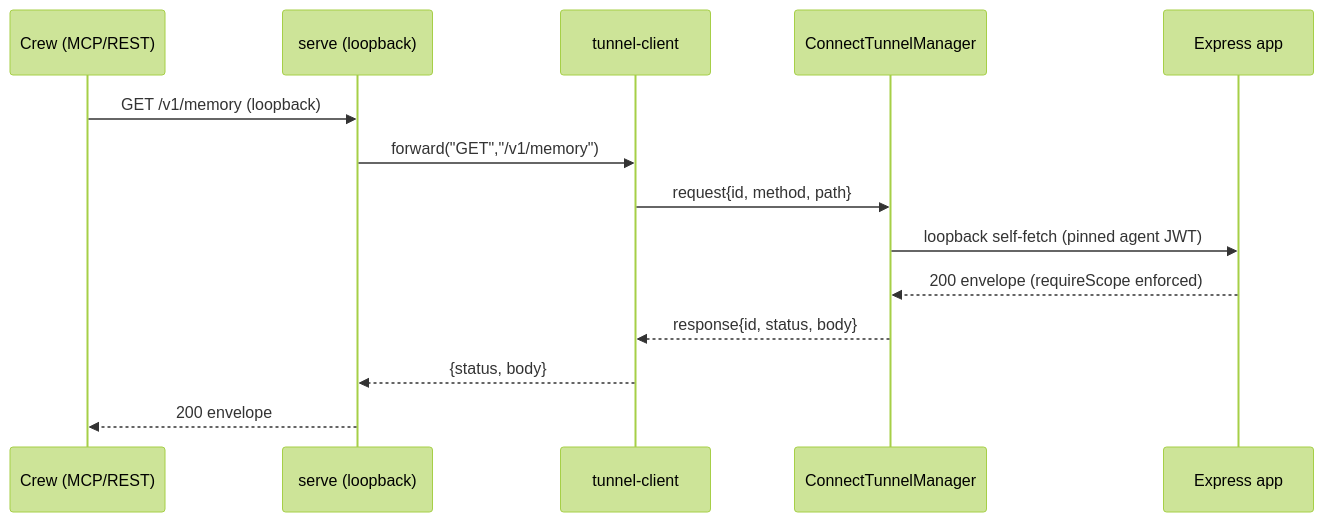
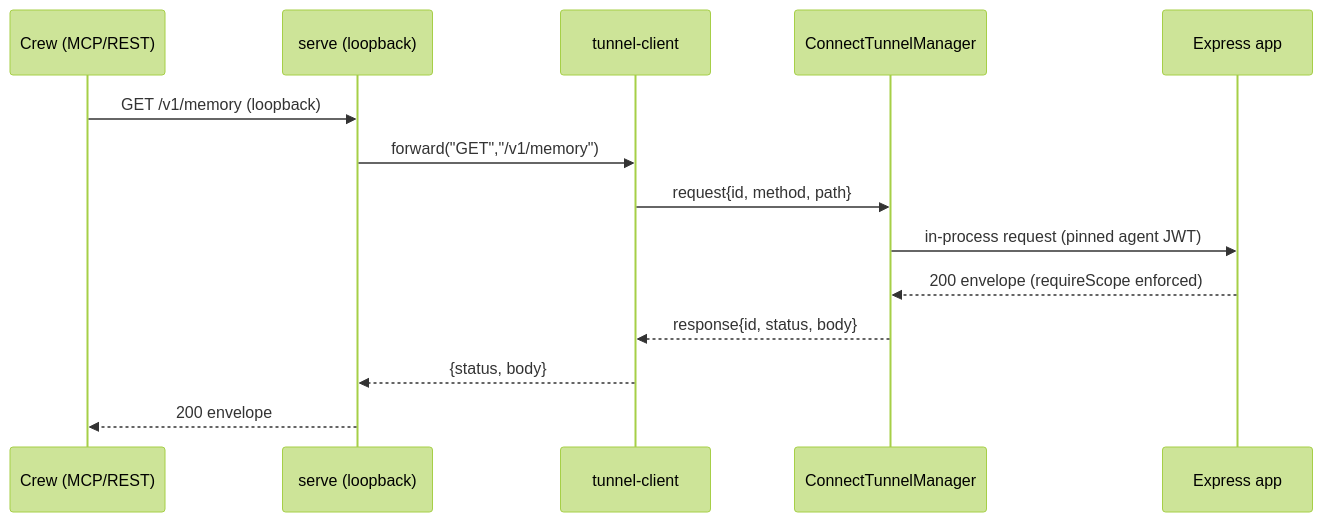
One commit to miikkij/aimeat-protocol changed the third of 6 diagrams in docs/connector-forward-tunnel.md. Above: the diagram before and after it, drawn with Mermaid (forest theme). The commit also changed other lines of this file and 40 other files, not shown here.

````diff
--- a/docs/connector-forward-tunnel.md
+++ b/docs/connector-forward-tunnel.md
@@ -145,17 +163,17 @@
 ```mermaid
 sequenceDiagram
   participant Crew as Crew (MCP/REST)
   participant Serve as serve (loopback)
   participant Tun as tunnel-client
   participant Node as ConnectTunnelManager
   participant App as Express app
 
   Crew->>Serve: GET /v1/memory (loopback)
   Serve->>Tun: forward("GET","/v1/memory")
   Tun->>Node: request{id, method, path}
-  Node->>App: loopback self-fetch (pinned agent JWT)
+  Node->>App: in-process request (pinned agent JWT)
   App-->>Node: 200 envelope (requireScope enforced)
   Node-->>Tun: response{id, status, body}
   Tun-->>Serve: {status, body}
   Serve-->>Crew: 200 envelope
 ```
````
